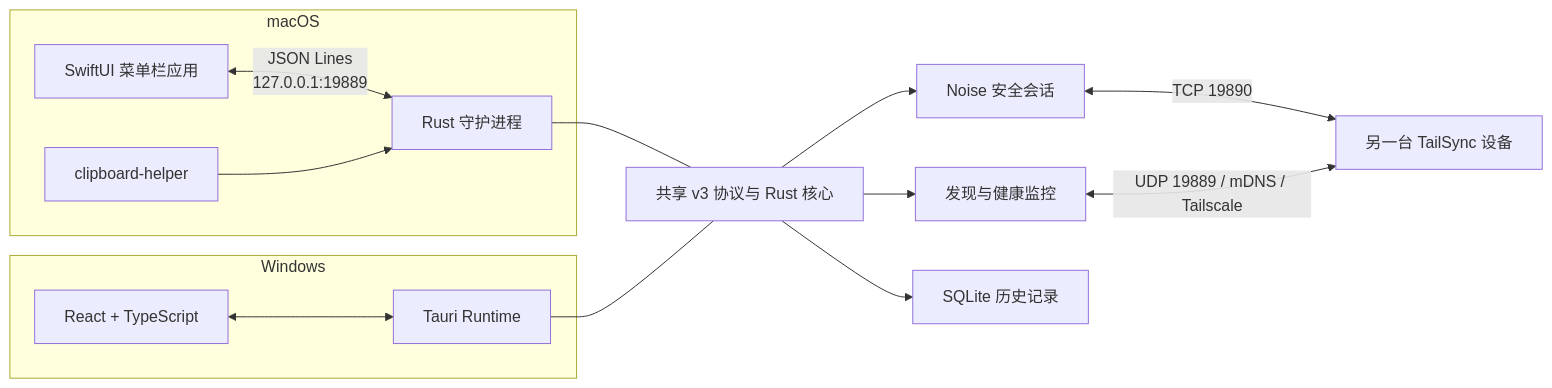
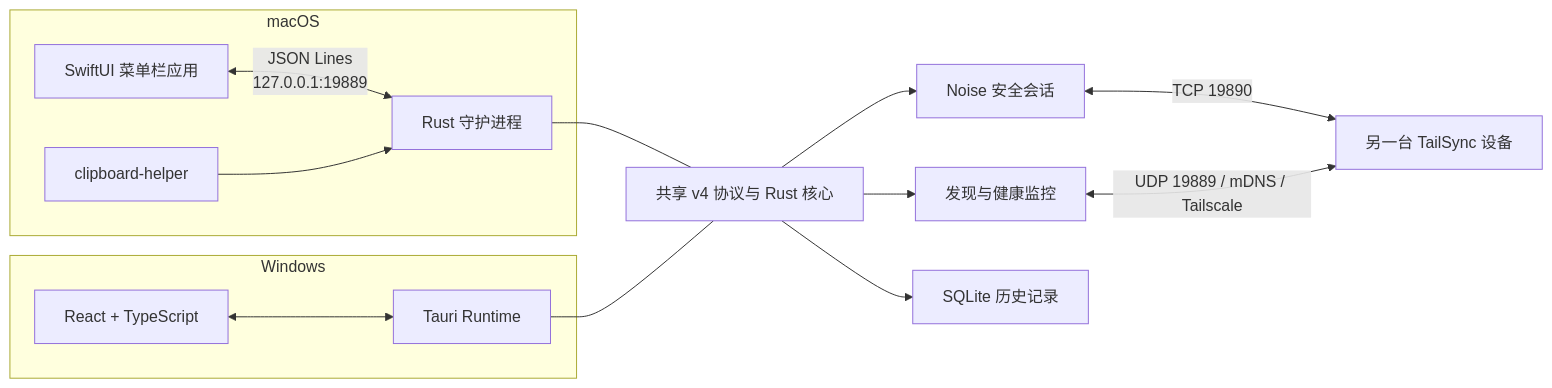
The diagram in README.md (monet4070/TailSync), drawn with Mermaid before and after one commit. The commit also changed other lines of this file and 12 other files, not shown here.

````diff
--- a/README.md
+++ b/README.md
@@ -69,24 +69,24 @@
 ```mermaid
 flowchart LR
     subgraph Mac[macOS]
         S[SwiftUI 菜单栏应用]
         D[Rust 守护进程]
         H[clipboard-helper]
         S <-->|JSON Lines<br/>127.0.0.1:19889| D
         H --> D
     end
 
     subgraph Win[Windows]
         R[React + TypeScript]
         T[Tauri Runtime]
         R <--> T
     end
 
-    D --- C[共享 v3 协议与 Rust 核心]
+    D --- C[共享 v4 协议与 Rust 核心]
     T --- C
     C --> P[发现与健康监控]
     C --> N[Noise 安全会话]
     C --> DB[SQLite 历史记录]
     N <-->|TCP 19890| Peer[另一台 TailSync 设备]
     P <-->|UDP 19889 / mDNS / Tailscale| Peer
 ```
````
